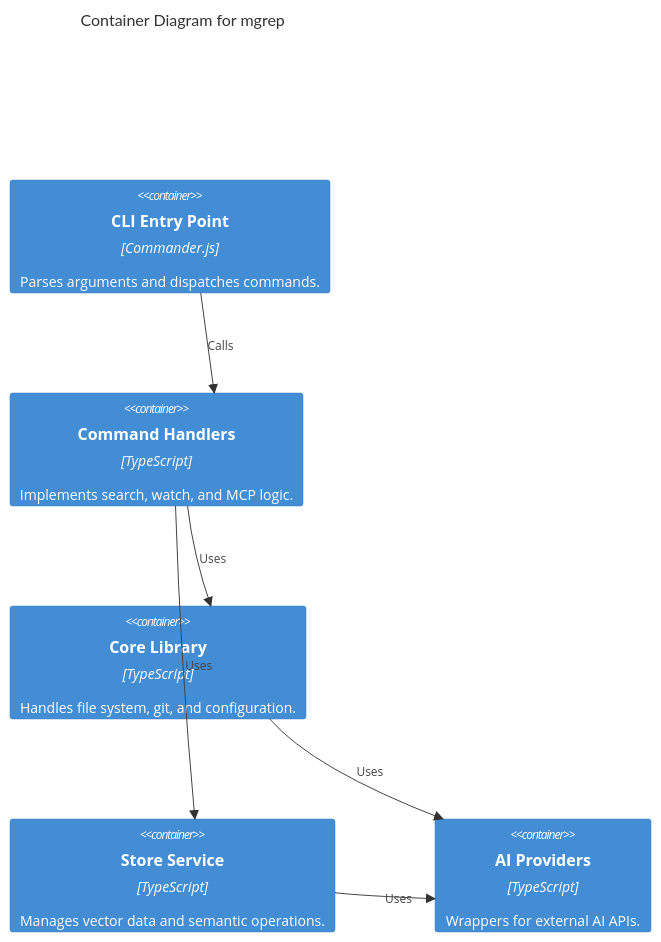
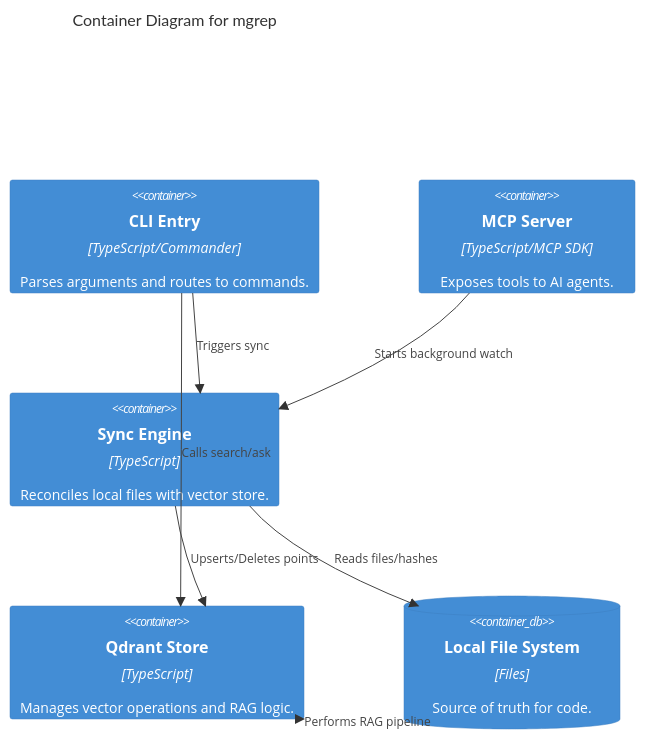
One commit to quantmind-br/mgrep changed the third of 3 diagrams in README.md. Above: the diagram before and after it, drawn with Mermaid. The commit also changed other lines of this file and 10 other files, not shown here.

````diff
--- a/README.md
+++ b/README.md
@@ -134,16 +111,18 @@
 ```mermaid
 C4Container
     title Container Diagram for mgrep
 
-    Container(cli, "CLI Entry Point", "Commander.js", "Parses arguments and dispatches commands.")
-    Container(commands, "Command Handlers", "TypeScript", "Implements search, watch, and MCP logic.")
-    Container(lib_core, "Core Library", "TypeScript", "Handles file system, git, and configuration.")
-    Container(store_service, "Store Service", "TypeScript", "Manages vector data and semantic operations.")
-    Container(providers, "AI Providers", "TypeScript", "Wrappers for external AI APIs.")
-
-    Rel(cli, commands, "Calls")
-    Rel(commands, lib_core, "Uses")
-    Rel(commands, store_service, "Uses")
-    Rel(store_service, providers, "Uses")
-    Rel(lib_core, providers, "Uses")
+    Container(cli, "CLI Entry", "TypeScript/Commander", "Parses arguments and routes to commands.")
+    Container(mcp_server, "MCP Server", "TypeScript/MCP SDK", "Exposes tools to AI agents.")
+    Container(sync_engine, "Sync Engine", "TypeScript", "Reconciles local files with vector store.")
+    Container(qdrant_store, "Qdrant Store", "TypeScript", "Manages vector operations and RAG logic.")
+    
+    ContainerDb(local_fs, "Local File System", "Files", "Source of truth for code.")
+    
+    Rel(cli, sync_engine, "Triggers sync")
+    Rel(cli, qdrant_store, "Calls search/ask")
+    Rel(mcp_server, sync_engine, "Starts background watch")
+    Rel(sync_engine, local_fs, "Reads files/hashes")
+    Rel(sync_engine, qdrant_store, "Upserts/Deletes points")
+    Rel(qdrant_store, qdrant_store, "Performs RAG pipeline")
 ```
````
